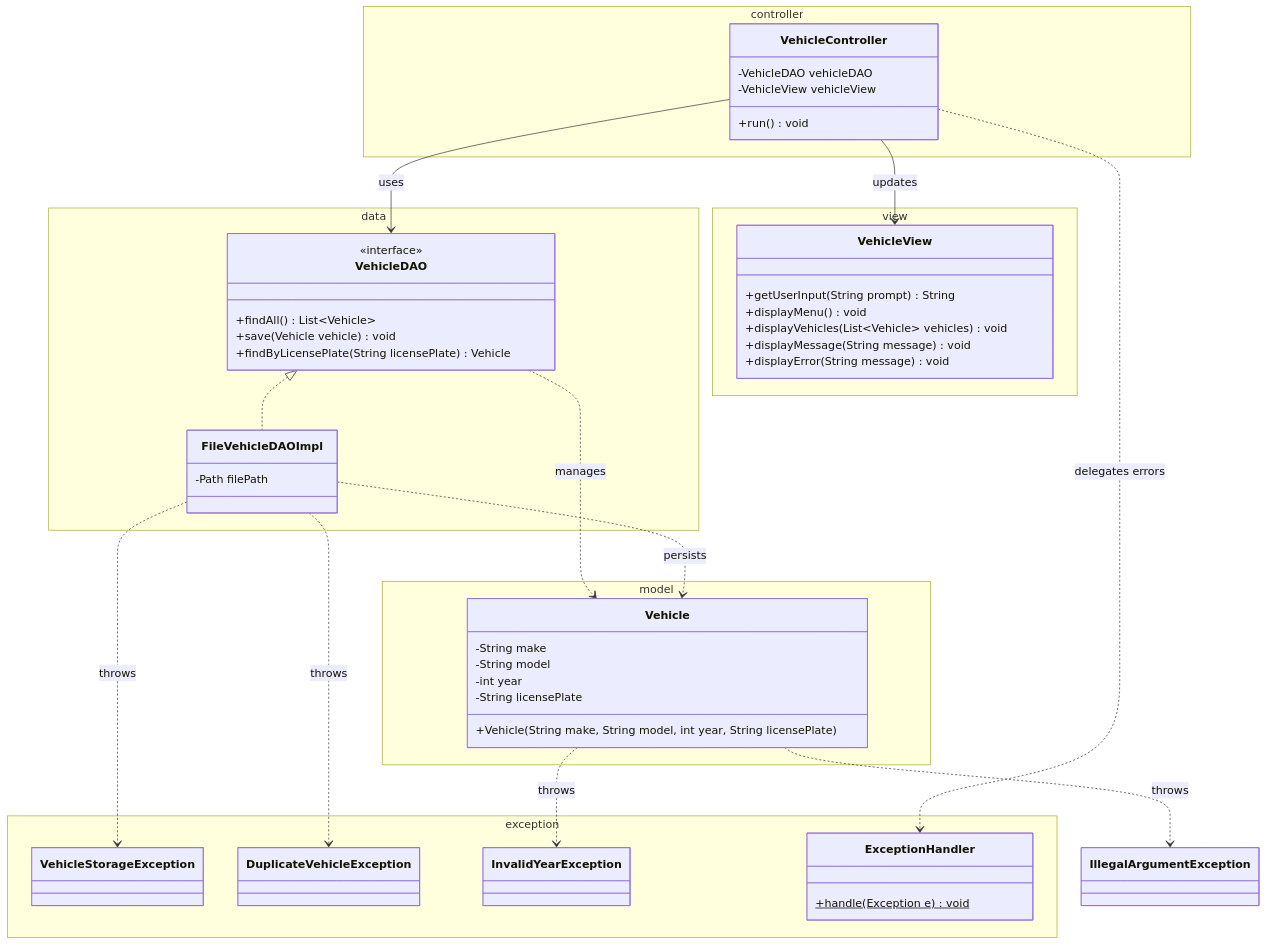
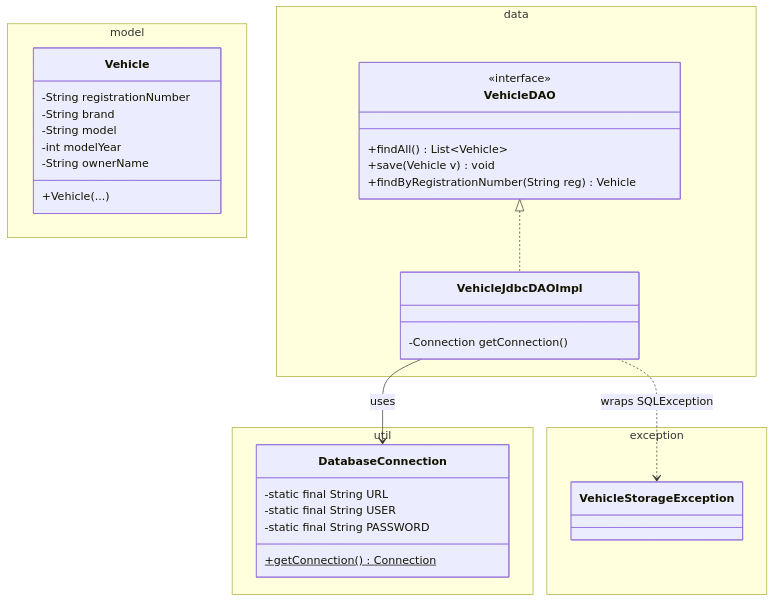
Before and after one commit to ihabau/Lexicon_WS_Exception: the second of 2 diagrams in Workshop_7_Vehicle_Registration.md, drawn with Mermaid. The commit also changed other lines of this file and 1 other file, not shown here.

Commit message:
Docs: step 7 worksheet (Vehicle Registration) - DatabaseConnection, SQL schema, first JDBC DAO, 6 hints

````diff
--- a/Workshop_7_Vehicle_Registration.md
+++ b/Workshop_7_Vehicle_Registration.md
@@ -39,64 +90,42 @@
 ```mermaid
 classDiagram
     namespace model {
         class Vehicle {
-            -String make
+            -String registrationNumber
+            -String brand
             -String model
-            -int year
-            -String licensePlate
-            +Vehicle(String make, String model, int year, String licensePlate)
+            -int modelYear
+            -String ownerName
+            +Vehicle(...)
         }
     }
 
     namespace data {
         class VehicleDAO {
             <<interface>>
             +findAll() List~Vehicle~
-            +save(Vehicle vehicle) void
-            +findByLicensePlate(String licensePlate) Vehicle
+            +save(Vehicle v) void
+            +findByRegistrationNumber(String reg) Vehicle
         }
-        class FileVehicleDAOImpl {
-            -Path filePath
+        class VehicleJdbcDAOImpl {
+            -Connection getConnection()
         }
     }
 
-    namespace view {
-        class VehicleView {
-            +getUserInput(String prompt) String
-            +displayMenu() void
-            +displayVehicles(List~Vehicle~ vehicles) void
-            +displayMessage(String message) void
-            +displayError(String message) void
-        }
-    }
-
-    namespace controller {
-        class VehicleController {
-            -VehicleDAO vehicleDAO
-            -VehicleView vehicleView
-            +run() void
+    namespace util {
+        class DatabaseConnection {
+            -static final String URL
+            -static final String USER
+            -static final String PASSWORD
+            +getConnection() Connection$
         }
     }
 
     namespace exception {
-        class VehicleStorageException { }
-        class DuplicateVehicleException { }
-        class InvalidYearException { }
-        class ExceptionHandler {
-            +handle(Exception e)$ void
-        }
+        class VehicleStorageException
     }
 
-    VehicleDAO <|.. FileVehicleDAOImpl
-    VehicleController --> VehicleDAO : uses
-    VehicleController --> VehicleView : updates
-    VehicleController ..> ExceptionHandler : delegates errors
-
-    VehicleDAO ..> Vehicle : manages
-    FileVehicleDAOImpl ..> Vehicle : persists
-
-    Vehicle ..> IllegalArgumentException : throws
-    Vehicle ..> InvalidYearException : throws
-    FileVehicleDAOImpl ..> VehicleStorageException : throws
-    FileVehicleDAOImpl ..> DuplicateVehicleException : throws
+    VehicleDAO <|.. VehicleJdbcDAOImpl
+    VehicleJdbcDAOImpl --> DatabaseConnection : uses
+    VehicleJdbcDAOImpl ..> VehicleStorageException : wraps SQLException
 ```
````
